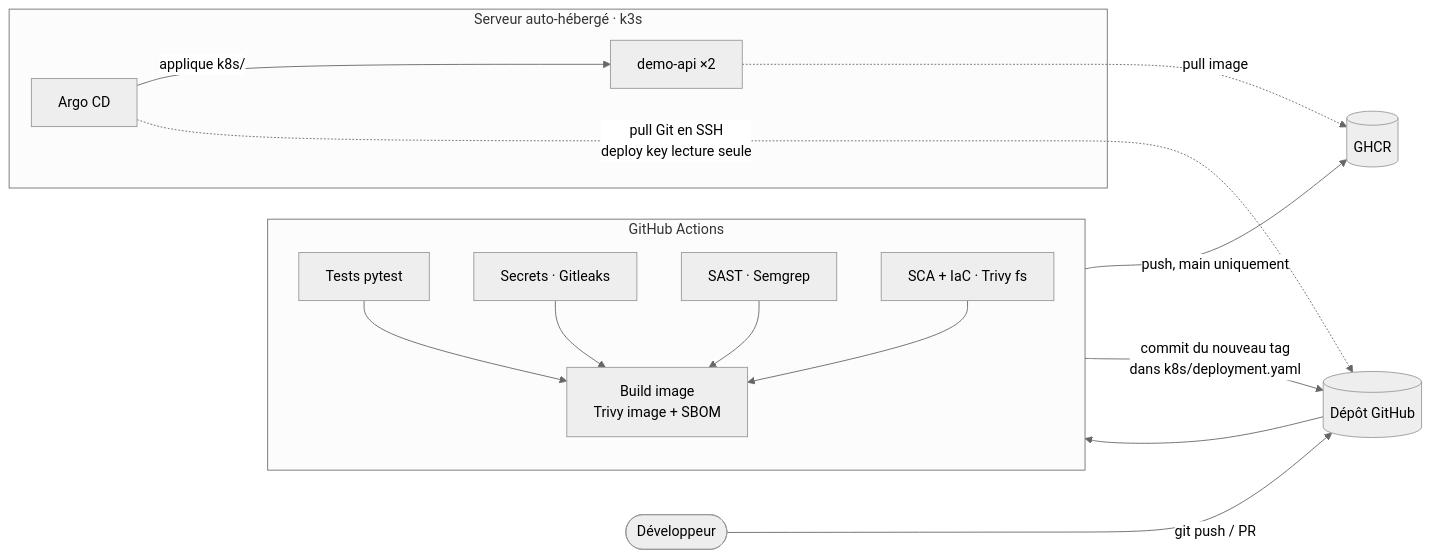
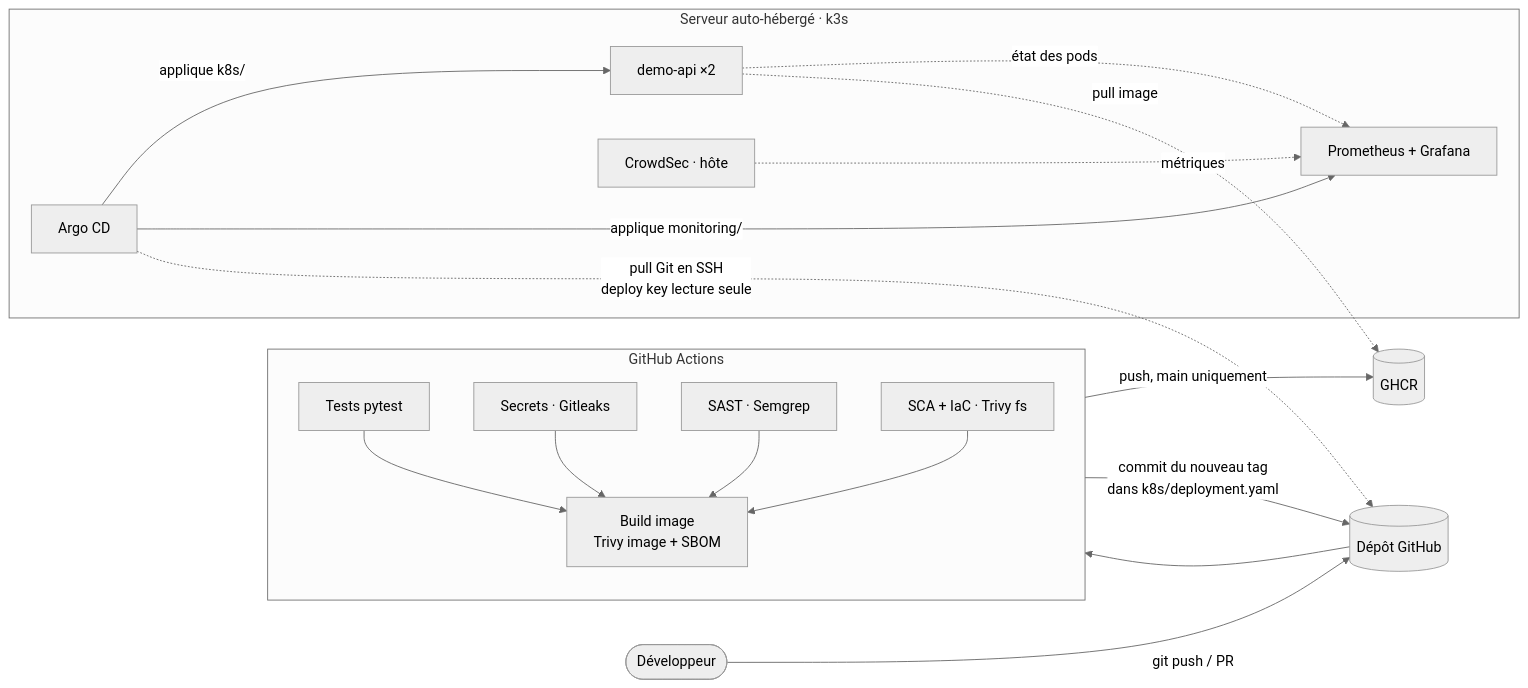
Before and after one commit to CubicPotato/devsecops-platform: the diagram in README.md, drawn with Mermaid (neutral theme). The commit also changed other lines of this file and 4 other files, not shown here.

Commit message:
graphiques grafana

````diff
--- a/README.md
+++ b/README.md
@@ -22,25 +23,28 @@
 ```mermaid
 flowchart LR
     dev([Développeur]) -->|git push / PR| gh[(Dépôt GitHub)]
 
     subgraph ci [GitHub Actions]
         direction TB
         t[Tests pytest]
         s[Secrets · Gitleaks]
         sa[SAST · Semgrep]
         sc[SCA + IaC · Trivy fs]
         b[Build image<br/>Trivy image + SBOM]
         t & s & sa & sc --> b
     end
 
     gh --> ci
     b -->|push, main uniquement| ghcr[(GHCR)]
     b -->|commit du nouveau tag<br/>dans k8s/deployment.yaml| gh
 
     subgraph srv [Serveur auto-hébergé · k3s]
         argo[Argo CD] -->|applique k8s/| app[demo-api ×2]
+        argo -->|applique monitoring/| mon[Prometheus + Grafana]
+        app -.->|état des pods| mon
+        cs[CrowdSec · hôte] -.->|métriques| mon
     end
 
     argo -.->|pull Git en SSH<br/>deploy key lecture seule| gh
     app -.->|pull image| ghcr
 ```
````
